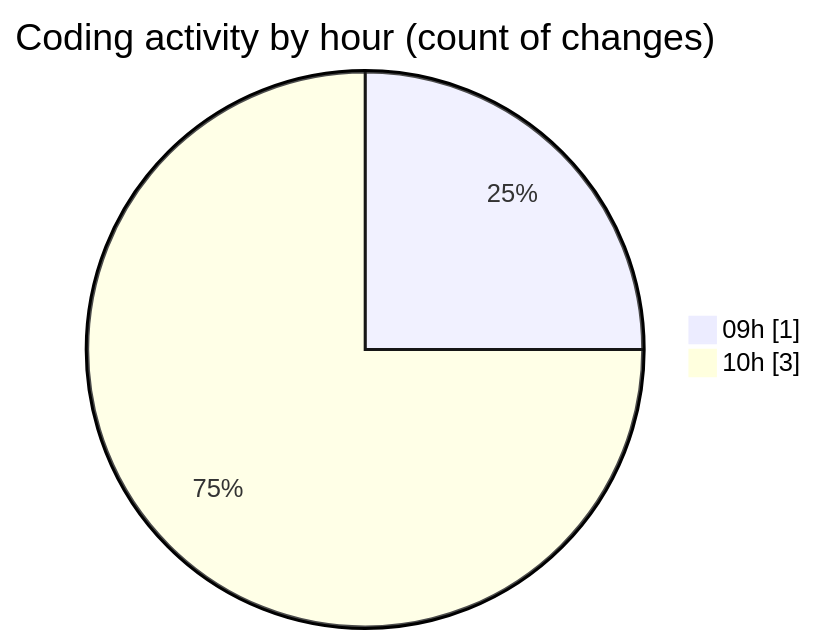
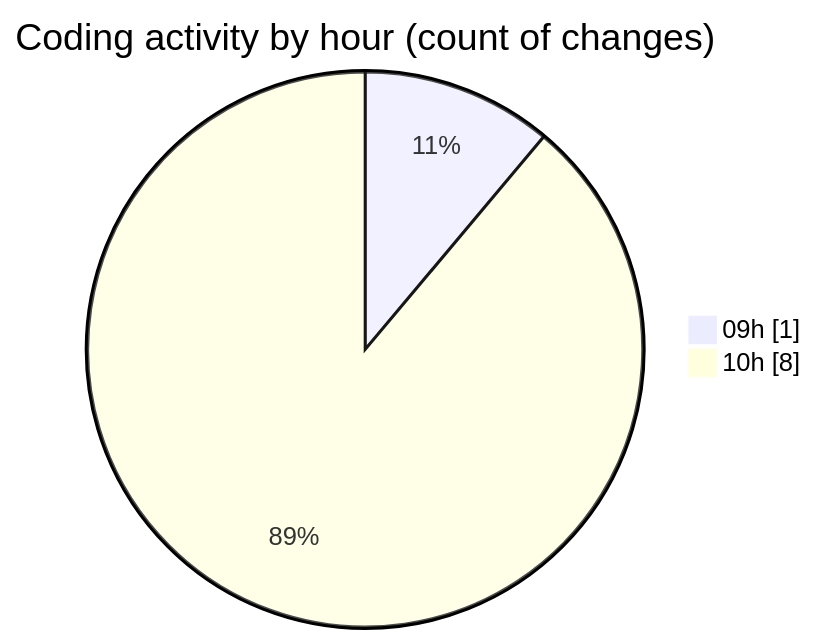
Before and after one commit to LanceThiago/code-tracking: the second of 2 diagrams in 2026-08-25/jogo/README.md, drawn with Mermaid. The commit also changed other lines of this file and 1 other file, not shown here.

````diff
--- a/2026-08-25/jogo/README.md
+++ b/2026-08-25/jogo/README.md
@@ -29,6 +29,6 @@
 ```mermaid
 pie showData
 title Coding activity by hour (count of changes)
 "09h" : 1
-"10h" : 3
+"10h" : 8
 ```
````
